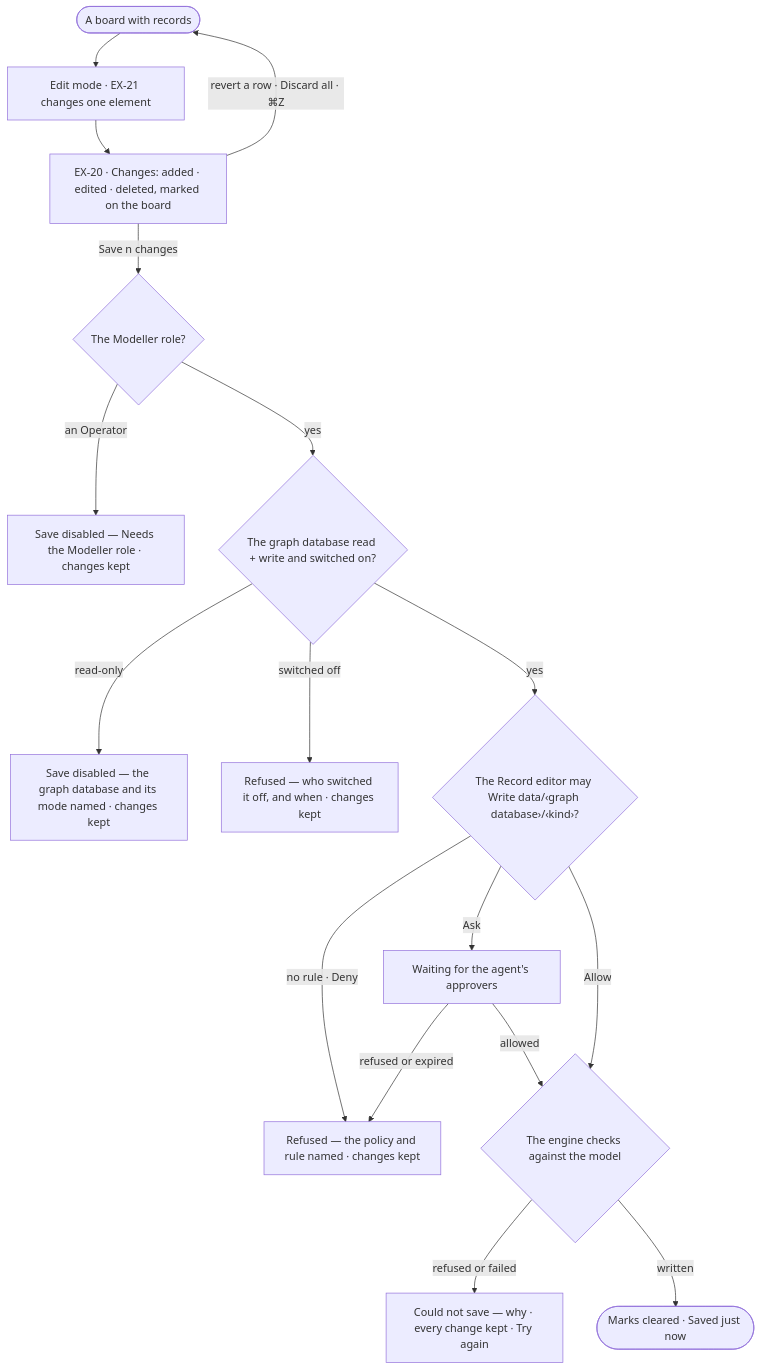
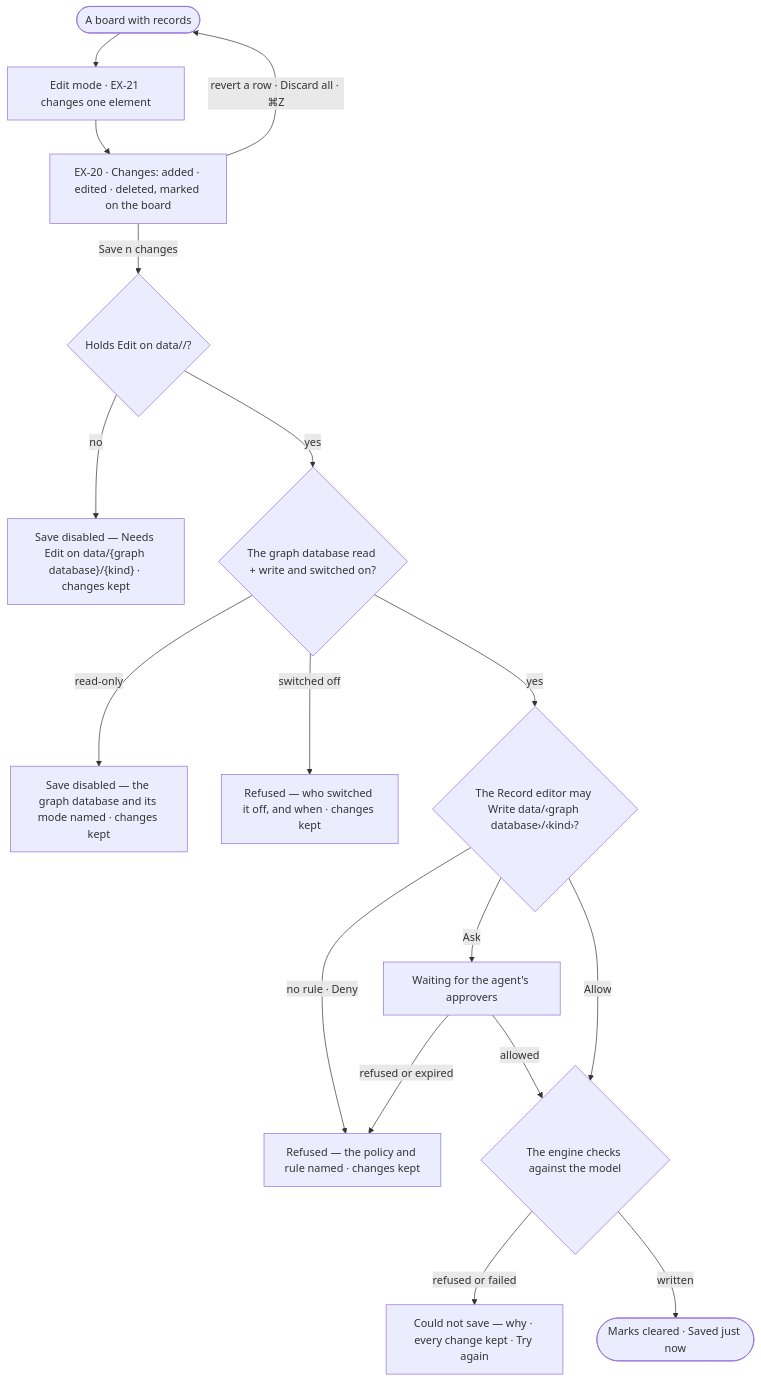
One commit to invana/invana changed the first of 2 diagrams in specs/capabilities/explore/features/EX-F06-annotate-and-edit-the-data/feature.md. Above: the diagram before and after it, drawn with Mermaid. The commit also changed other lines of this file and 228 other files, not shown here.

````diff
--- a/specs/capabilities/explore/features/EX-F06-annotate-and-edit-the-data/feature.md
+++ b/specs/capabilities/explore/features/EX-F06-annotate-and-edit-the-data/feature.md
@@ -24,19 +24,19 @@
 ```mermaid
 flowchart TD
   start([A board with records]) --> ed["Edit mode · EX-21 changes one element"]
   ed --> ch["EX-20 · Changes: added · edited · deleted, marked on the board"]
   ch -->|revert a row · Discard all · ⌘Z| start
-  ch -->|Save n changes| role{The Modeller role?}
-  role -->|an Operator| sd["Save disabled — Needs the Modeller role · changes kept"]
-  role -->|yes| mode{The graph database read + write and switched on?}
+  ch -->|Save n changes| gate{"Holds Edit on data/<graph database>/<kind>?"}
+  gate -->|no| sd["Save disabled — Needs Edit on data/{graph database}/{kind} · changes kept"]
+  gate -->|yes| mode{The graph database read + write and switched on?}
   mode -->|read-only| ro["Save disabled — the graph database and its mode named · changes kept"]
   mode -->|switched off| off["Refused — who switched it off, and when · changes kept"]
   mode -->|yes| pol{"The Record editor may Write data/‹graph database›/‹kind›?"}
   pol -->|no rule · Deny| pr["Refused — the policy and rule named · changes kept"]
   pol -->|Ask| ask["Waiting for the agent's approvers"]
   ask -->|refused or expired| pr
   ask -->|allowed| run
   pol -->|Allow| run{The engine checks against the model}
   run -->|refused or failed| sf["Could not save — why · every change kept · Try again"]
   run -->|written| saved(["Marks cleared · Saved just now"])
 ```
````
